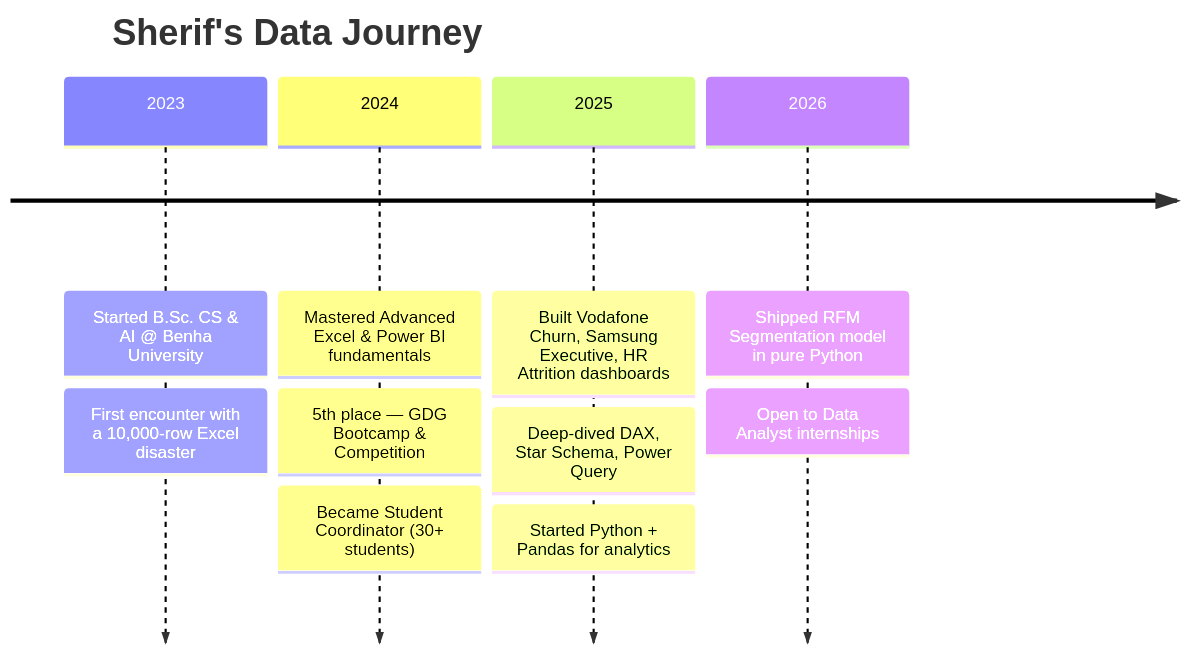
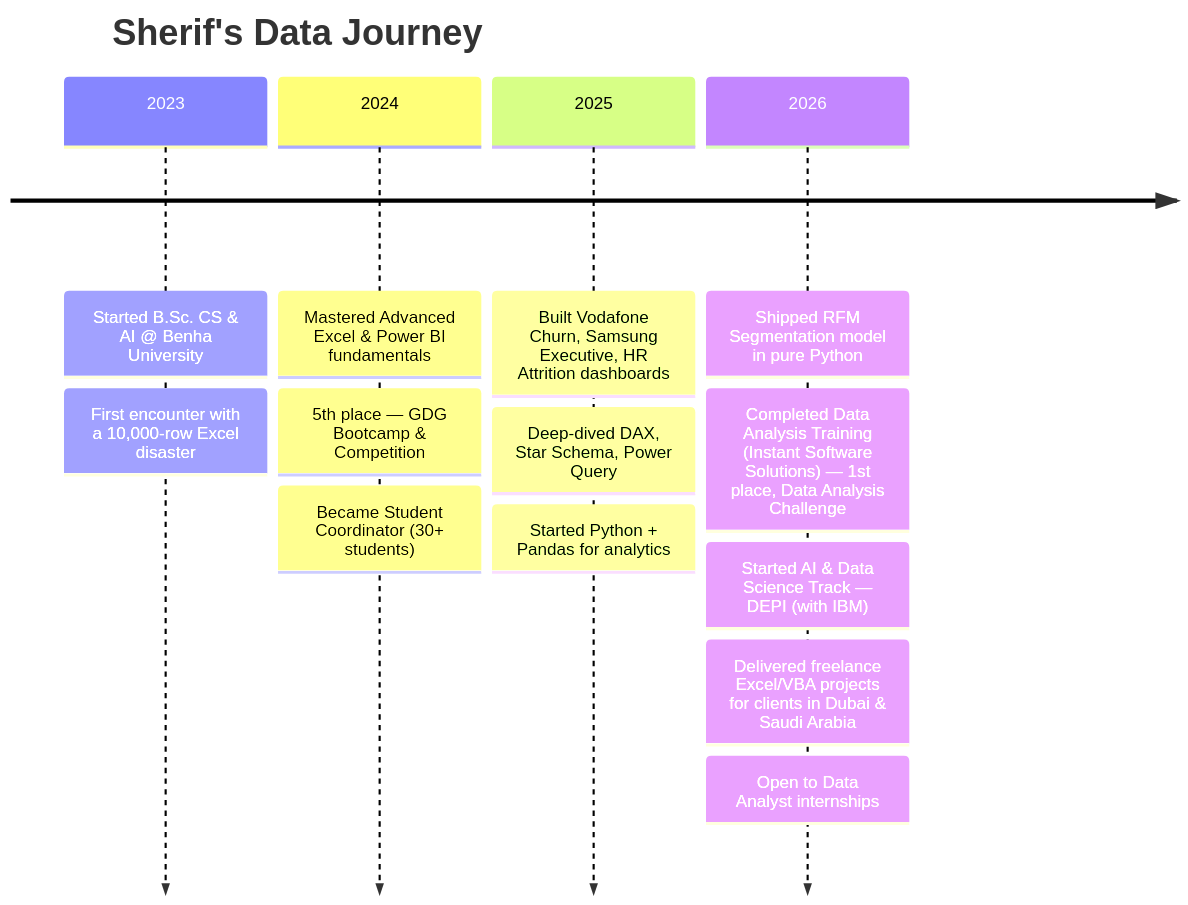
One commit to SherifAzb/SherifAzb changed the first of 2 diagrams in README.md. Above: the diagram before and after it, drawn with Mermaid. The commit also changed other lines of this file, not shown here.

````diff
--- a/README.md
+++ b/README.md
@@ -204,14 +245,17 @@
 ```mermaid
 timeline
     title Sherif's Data Journey
     2023 : Started B.Sc. CS & AI @ Benha University
          : First encounter with a 10,000-row Excel disaster
     2024 : Mastered Advanced Excel & Power BI fundamentals
          : 5th place — GDG Bootcamp & Competition
          : Became Student Coordinator (30+ students)
     2025 : Built Vodafone Churn, Samsung Executive, HR Attrition dashboards
          : Deep-dived DAX, Star Schema, Power Query
          : Started Python + Pandas for analytics
     2026 : Shipped RFM Segmentation model in pure Python
+         : Completed Data Analysis Training (Instant Software Solutions) — 1st place, Data Analysis Challenge
+         : Started AI & Data Science Track — DEPI (with IBM)
+         : Delivered freelance Excel/VBA projects for clients in Dubai & Saudi Arabia
          : Open to Data Analyst internships
 ```
````
